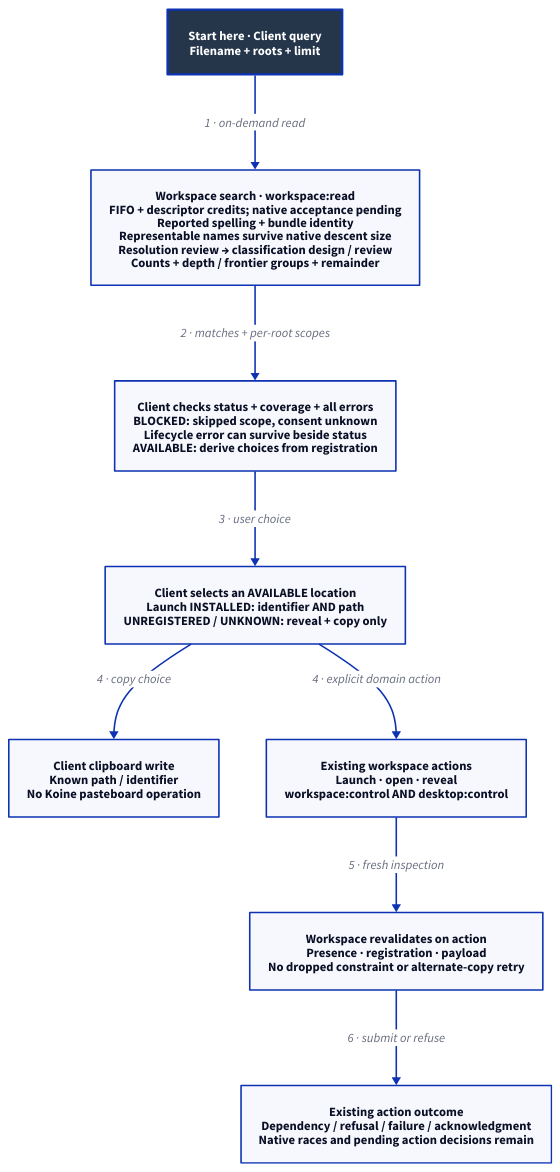
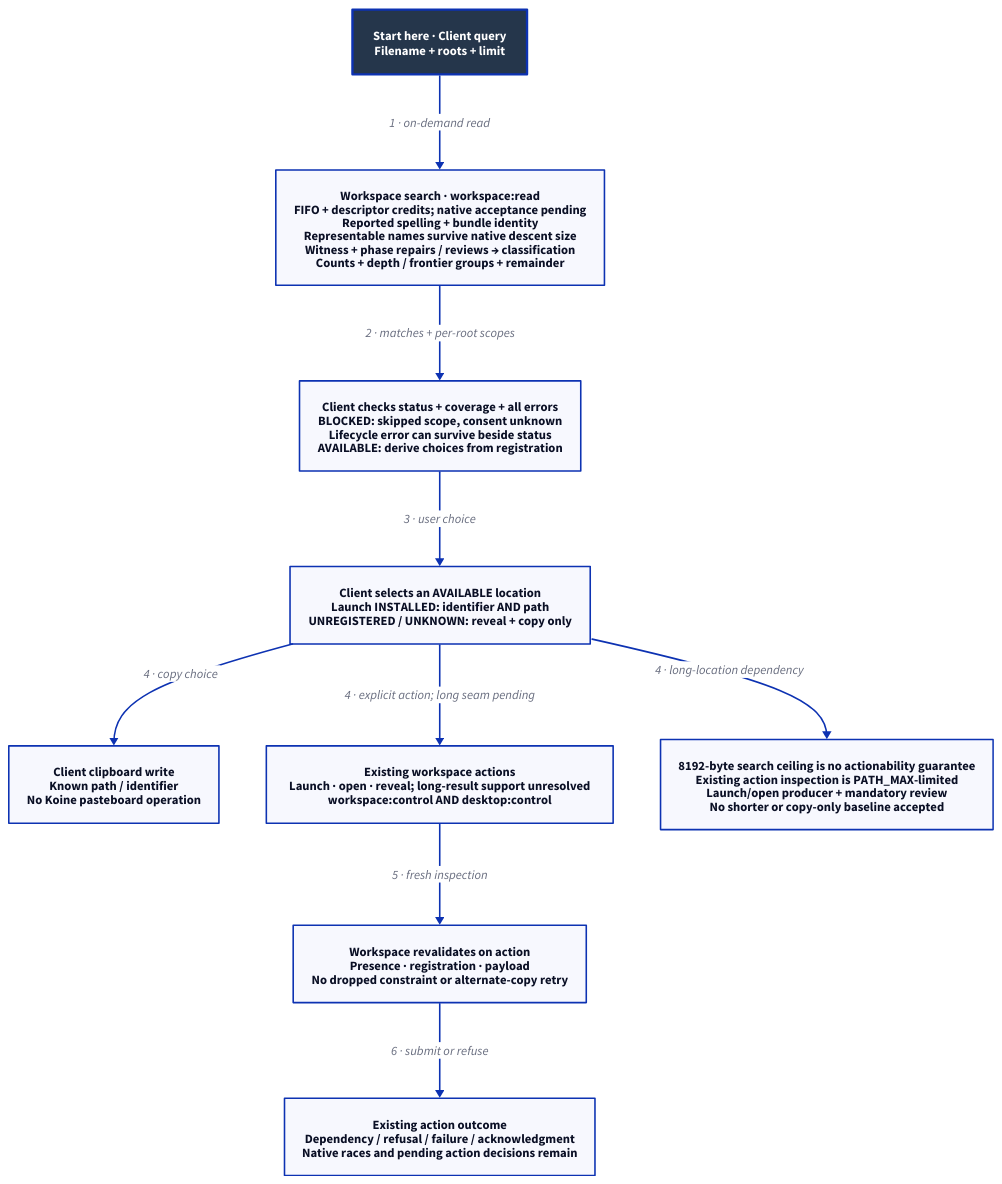
Before and after one commit to Linkuistics/Koine: the diagram in docs/design/architecture/search-handoff.d2, drawn with D2. The commit also changed 36 other files, not shown here.

Commit message:
search-path-resolution-k125: integrate review and route path prerequisites

```diff
--- a/docs/design/architecture/search-handoff.d2
+++ b/docs/design/architecture/search-handoff.d2
@@ -1,20 +1,22 @@
 # Designed component/data handoff. Source roles, not deployment containers.
 direction: down
 classes: {
   start: {style: {fill: "#25364B"; font-color: "#FFFFFF"; bold: true; stroke-width: 3}}
 }
 Start: "Start here · Client query\nFilename + roots + limit" {class: start}
-Search: "Workspace search · workspace:read\nFIFO + descriptor credits; native acceptance pending\nReported spelling + bundle identity\nRepresentable names survive native descent size\nResolution review → classification design / review\nCounts + depth / frontier groups + remainder"
+Search: "Workspace search · workspace:read\nFIFO + descriptor credits; native acceptance pending\nReported spelling + bundle identity\nRepresentable names survive native descent size\nWitness + phase repairs / reviews → classification\nCounts + depth / frontier groups + remainder"
 Choices: "Client checks status + coverage + all errors\nBLOCKED: skipped scope, consent unknown\nLifecycle error can survive beside status\nAVAILABLE: derive choices from registration"
 Selected: "Client selects an AVAILABLE location\nLaunch INSTALLED: identifier AND path\nUNREGISTERED / UNKNOWN: reveal + copy only"
 Clipboard: "Client clipboard write\nKnown path / identifier\nNo Koine pasteboard operation"
-Action: "Existing workspace actions\nLaunch · open · reveal\nworkspace:control AND desktop:control"
+Action: "Existing workspace actions\nLaunch · open · reveal; long-result support unresolved\nworkspace:control AND desktop:control"
 Revalidate: "Workspace revalidates on action\nPresence · registration · payload\nNo dropped constraint or alternate-copy retry"
 Outcome: "Existing action outcome\nDependency / refusal / failure / acknowledgment\nNative races and pending action decisions remain"
 Start -> Search: "1 · on-demand read"
 Search -> Choices: "2 · matches + per-root scopes"
 Choices -> Selected: "3 · user choice"
 Selected -> Clipboard: "4 · copy choice"
-Selected -> Action: "4 · explicit domain action"
+Long: "8192-byte search ceiling is no actionability guarantee\nExisting action inspection is PATH_MAX-limited\nLaunch/open producer + mandatory review\nNo shorter or copy-only baseline accepted"
+Selected -> Long: "4 · long-location dependency"
+Selected -> Action: "4 · explicit action; long seam pending"
 Action -> Revalidate: "5 · fresh inspection"
 Revalidate -> Outcome: "6 · submit or refuse"
```
